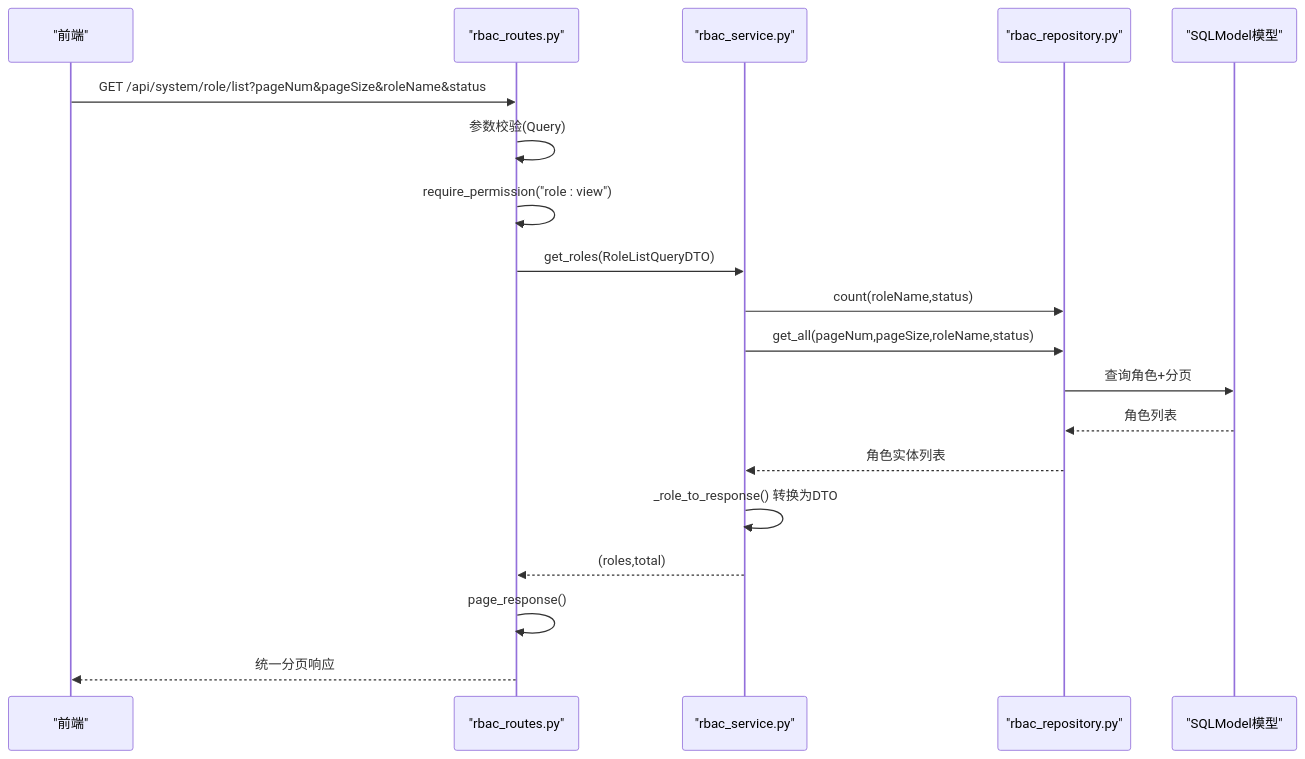
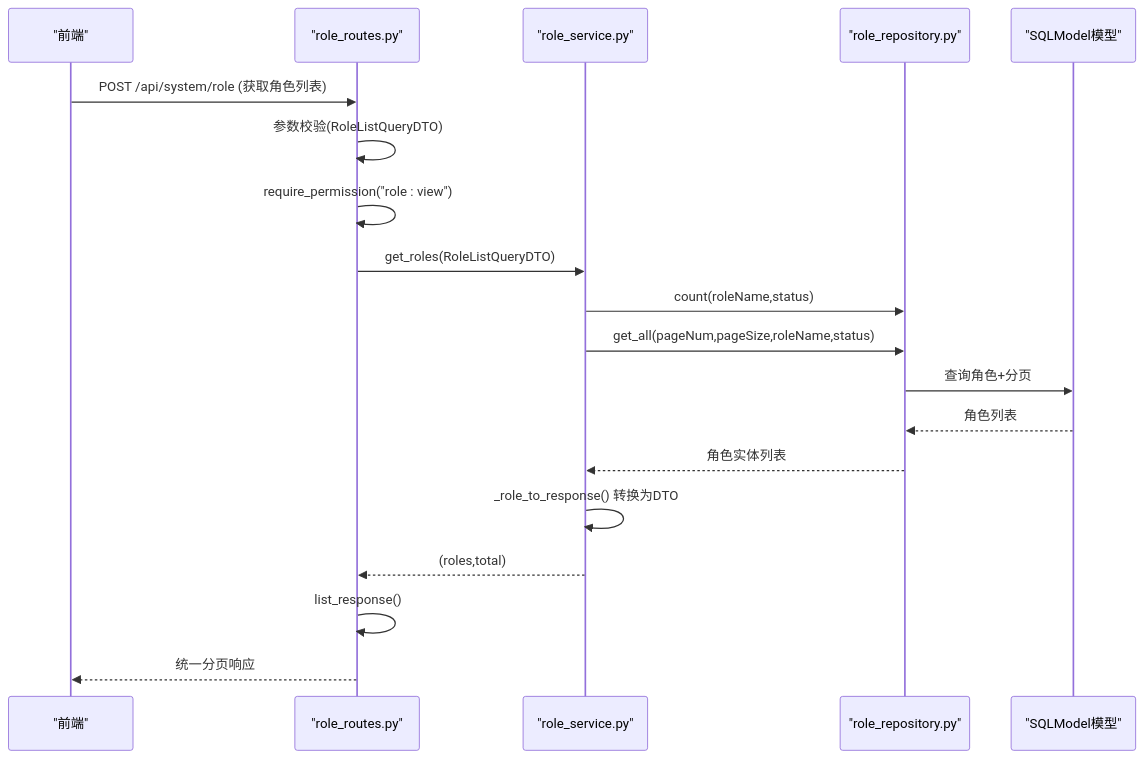
The second of 6 diagrams in .qoder/repowiki/zh/content/项目概述/核心特性/RBAC 权限控制/角色管理.md (taoweidong/Hello-FastApi), drawn with Mermaid before and after one commit. The commit also changed other lines of this file and 9 other files, not shown here.

````diff
--- a/.qoder/repowiki/zh/content/项目概述/核心特性/RBAC 权限控制/角色管理.md
+++ b/.qoder/repowiki/zh/content/项目概述/核心特性/RBAC 权限控制/角色管理.md
@@ -120,21 +134,21 @@
 ```mermaid
 sequenceDiagram
 participant FE as "前端"
-participant API as "rbac_routes.py"
-participant SVC as "rbac_service.py"
-participant REPO as "rbac_repository.py"
+participant API as "role_routes.py"
+participant SVC as "role_service.py"
+participant REPO as "role_repository.py"
 participant DB as "SQLModel模型"
-FE->>API : GET /api/system/role/list?pageNum&pageSize&roleName&status
-API->>API : 参数校验(Query)
+FE->>API : POST /api/system/role (获取角色列表)
+API->>API : 参数校验(RoleListQueryDTO)
 API->>API : require_permission("role : view")
 API->>SVC : get_roles(RoleListQueryDTO)
 SVC->>REPO : count(roleName,status)
 SVC->>REPO : get_all(pageNum,pageSize,roleName,status)
 REPO->>DB : 查询角色+分页
 DB-->>REPO : 角色列表
 REPO-->>SVC : 角色实体列表
 SVC->>SVC : _role_to_response() 转换为DTO
 SVC-->>API : (roles,total)
-API->>API : page_response()
+API->>API : list_response()
 API-->>FE : 统一分页响应
 ```
````
